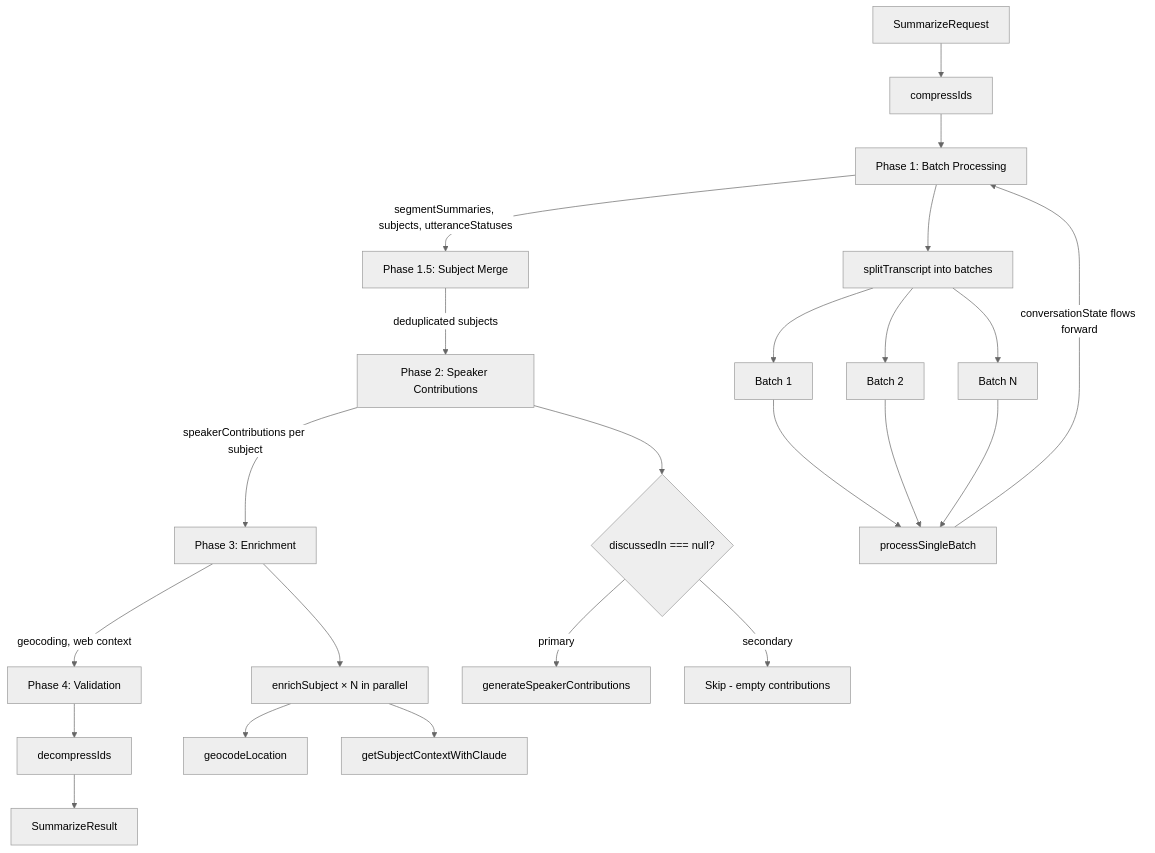
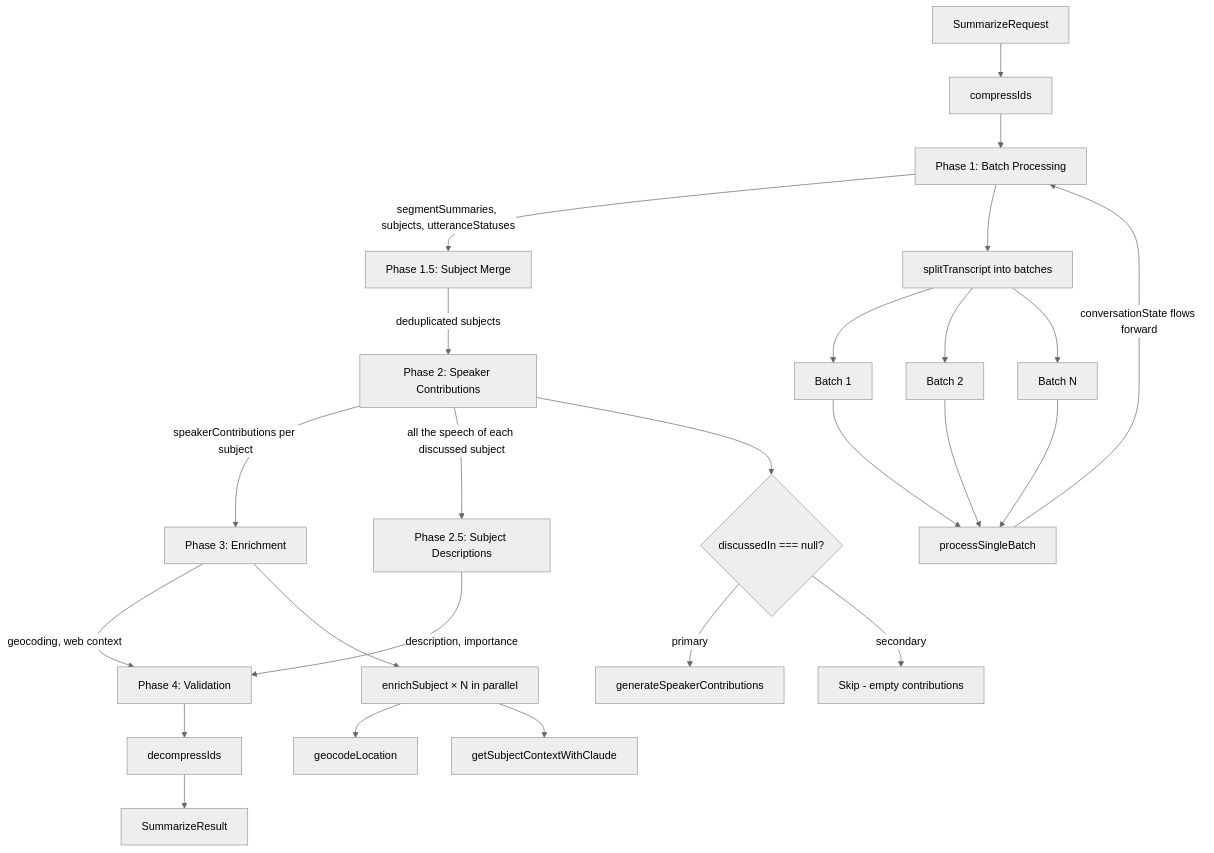
The diagram in docs/summarize.md (schemalabz/opencouncil-tasks), drawn with Mermaid (neutral theme) before and after one commit. The commit also changed other lines of this file and 10 other files, not shown here.

````diff
--- a/docs/summarize.md
+++ b/docs/summarize.md
@@ -11,28 +11,30 @@
 ```mermaid
 flowchart TD
   A[SummarizeRequest] --> B[compressIds]
   B --> C[Phase 1: Batch Processing]
   C --> |segmentSummaries, subjects, utteranceStatuses| M[Phase 1.5: Subject Merge]
   M --> |deduplicated subjects| D[Phase 2: Speaker Contributions]
   D --> |speakerContributions per subject| E[Phase 3: Enrichment]
+  D --> |all the speech of each discussed subject| W[Phase 2.5: Subject Descriptions]
+  W --> |description, importance| F
   E --> |geocoding, web context| F[Phase 4: Validation]
   F --> G[decompressIds]
   G --> H[SummarizeResult]
 
   C --> C1[splitTranscript into batches]
   C1 --> C2[Batch 1]
   C1 --> C3[Batch 2]
   C1 --> C4[Batch N]
   C2 --> C5[processSingleBatch]
   C3 --> C5
   C4 --> C5
   C5 --> |conversationState flows forward| C
 
   D --> D1{discussedIn === null?}
   D1 -- primary --> D2[generateSpeakerContributions]
   D1 -- secondary --> D3[Skip - empty contributions]
 
   E --> E1[enrichSubject × N in parallel]
   E1 --> E2[geocodeLocation]
   E1 --> E3[getSubjectContextWithClaude]
 ```
````
